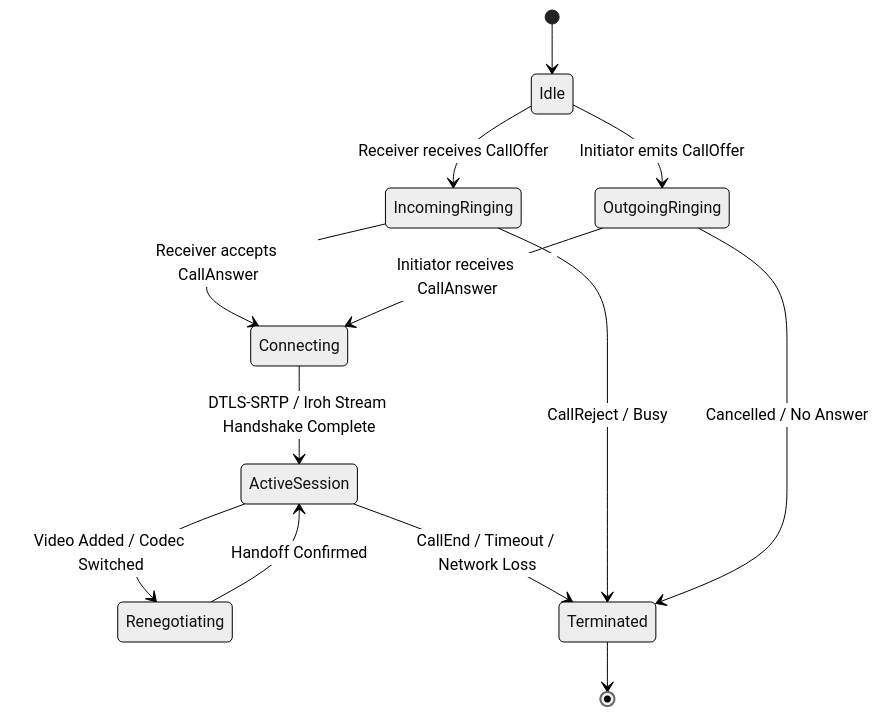
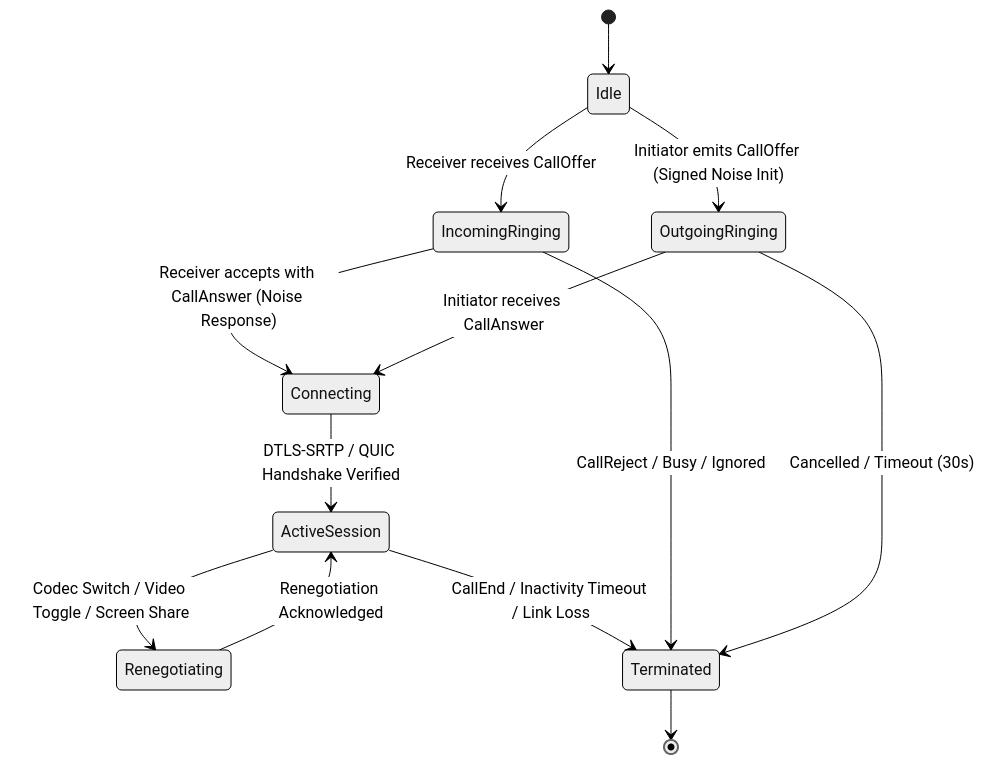
Before and after one commit to irshadali5/siar: the first of 3 diagrams in wiki/11-Realtime-Audio-Video-Calling-Architecture.md, drawn with Mermaid (neutral theme). The commit also changed other lines of this file, not shown here.

Commit message:
docs(wiki-11): update realtime audio video calling architecture specification

````diff
--- a/wiki/11-Realtime-Audio-Video-Calling-Architecture.md
+++ b/wiki/11-Realtime-Audio-Video-Calling-Architecture.md
@@ -12,15 +55,17 @@
 ```mermaid
 stateDiagram-v2
     [*] --> Idle
-    Idle --> OutgoingRinging: Initiator emits CallOffer
+    Idle --> OutgoingRinging: Initiator emits CallOffer (Signed Noise Init)
     Idle --> IncomingRinging: Receiver receives CallOffer
-    IncomingRinging --> Connecting: Receiver accepts CallAnswer
+    IncomingRinging --> Connecting: Receiver accepts with CallAnswer (Noise Response)
     OutgoingRinging --> Connecting: Initiator receives CallAnswer
-    Connecting --> ActiveSession: DTLS-SRTP / Iroh Stream Handshake Complete
-    ActiveSession --> Renegotiating: Video Added / Codec Switched
-    Renegotiating --> ActiveSession: Handoff Confirmed
-    ActiveSession --> Terminated: CallEnd / Timeout / Network Loss
-    IncomingRinging --> Terminated: CallReject / Busy
-    OutgoingRinging --> Terminated: Cancelled / No Answer
+    
+    Connecting --> ActiveSession: DTLS-SRTP / QUIC Handshake Verified
+    ActiveSession --> Renegotiating: Codec Switch / Video Toggle / Screen Share
+    Renegotiating --> ActiveSession: Renegotiation Acknowledged
+    
+    ActiveSession --> Terminated: CallEnd / Inactivity Timeout / Link Loss
+    IncomingRinging --> Terminated: CallReject / Busy / Ignored
+    OutgoingRinging --> Terminated: Cancelled / Timeout (30s)
     Terminated --> [*]
 ```
````
